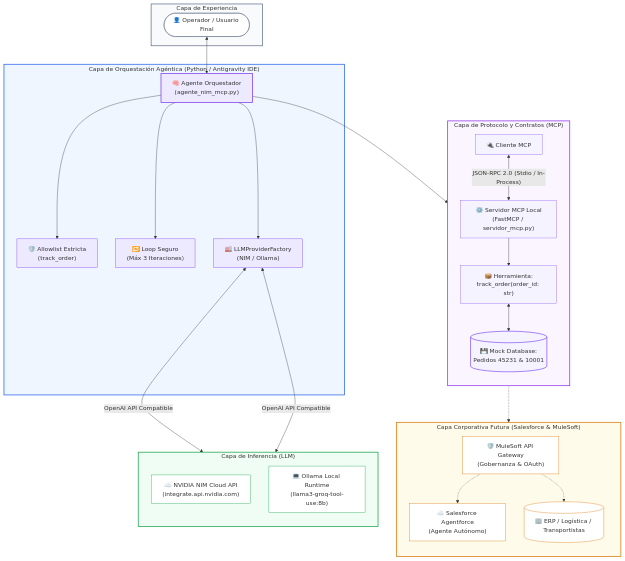
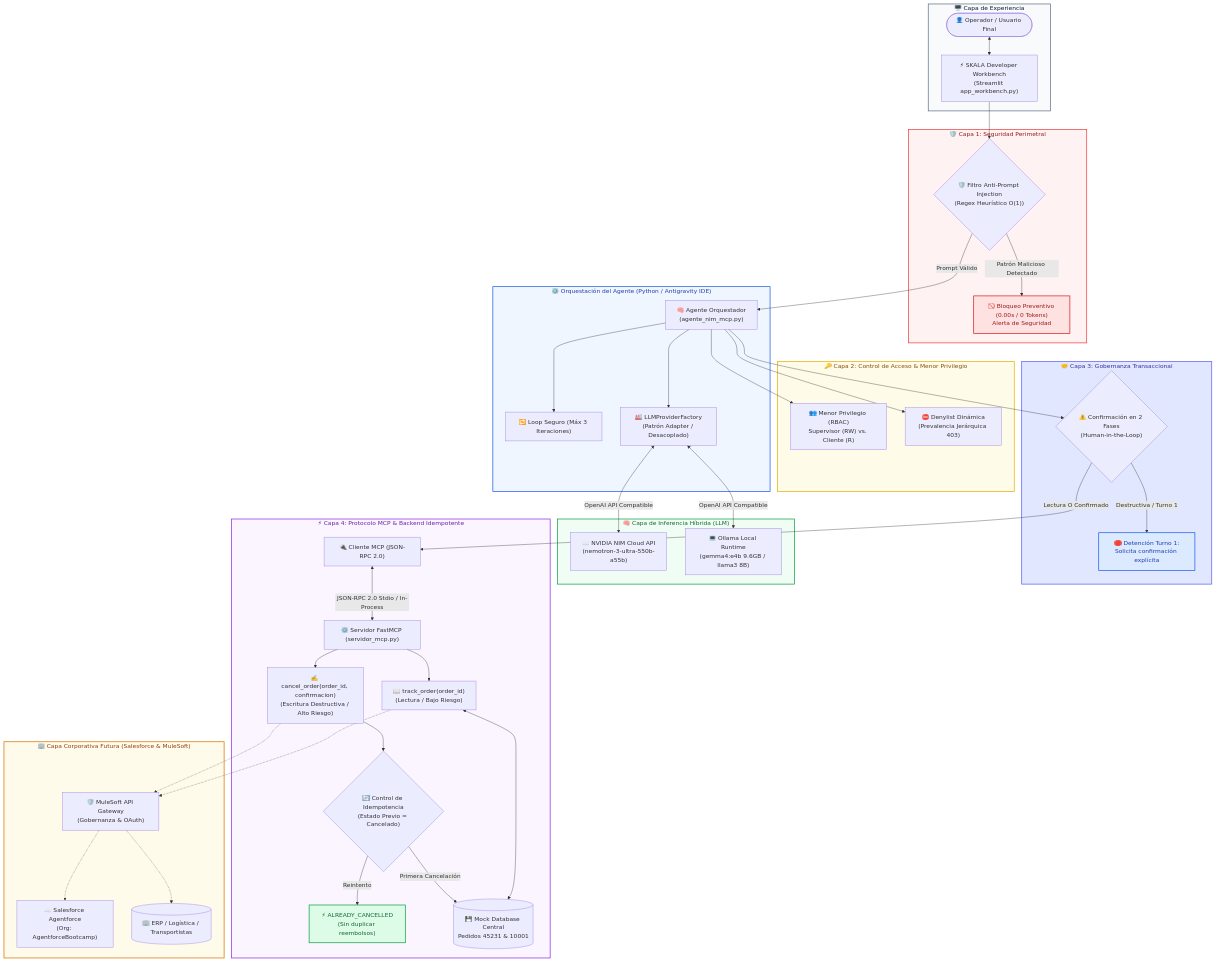
Before and after one commit to emmanuelsvaldez/bootcamp-skala-sem2-nim-mcp: the second of 3 diagrams in README.md, drawn with Mermaid.

Commit message:
docs(architecture): actualizar diagrama mermaid en seccion 4 con gobernanza en 4 capas y workbench

````diff
--- a/README.md
+++ b/README.md
@@ -81,69 +81,94 @@
 ```mermaid
 flowchart TD
-    subgraph Usuario ["Capa de Experiencia"]
+    subgraph Experiencia ["🖥️ Capa de Experiencia"]
         U(["👤 Operador / Usuario Final"])
+        WB["⚡ SKALA Developer Workbench\n(Streamlit app_workbench.py)"]
+        U <--> WB
     end
 
-    subgraph Agente ["Capa de Orquestación Agéntica (Python / Antigravity IDE)"]
-        A["🧠 Agente Orquestador\n(agente_nim_mcp.py)"]
-        AL["🛡️ Allowlist Estricta\n(track_order)"]
-        LOOP["🔁 Loop Seguro\n(Máx 3 Iteraciones)"]
-        FACTORY["🏭 LLMProviderFactory\n(NIM / Ollama)"]
+    subgraph Capa1 ["🛡️ Capa 1: Seguridad Perimetral"]
+        InjFilter{"🛡️ Filtro Anti-Prompt Injection\n(Regex Heurístico O(1))"}
+        BlockInj["🚫 Bloqueo Preventivo (0.00s / 0 Tokens)\nAlerta de Seguridad"]
     end
 
-    subgraph Inferencia ["Capa de Inferencia (LLM)"]
-        direction TB
-        NIM["☁️ NVIDIA NIM Cloud API\n(integrate.api.nvidia.com)"]
-        OLLAMA["💻 Ollama Local Runtime\n(llama3-groq-tool-use:8b)"]
+    subgraph Capa2 ["🔑 Capa 2: Control de Acceso & Menor Privilegio"]
+        RBAC["👥 Menor Privilegio (RBAC)\nSupervisor (RW) vs. Cliente (R)"]
+        Deny["⛔ Denylist Dinámica\n(Prevalencia Jerárquica 403)"]
     end
 
-    subgraph ProtocoloMCP ["Capa de Protocolo y Contratos (MCP)"]
-        direction TB
-        ClientMCP["🔌 Cliente MCP"]
-        ServerMCP["⚙️ Servidor MCP Local\n(FastMCP / servidor_mcp.py)"]
-        Tool["📦 Herramienta:\ntrack_order(order_id: str)"]
-        DB[("💾 Mock Database:\nPedidos 45231 & 10001")]
+    subgraph Capa3 ["🤝 Capa 3: Gobernanza Transaccional"]
+        TwoPhase{"⚠️ Confirmación en 2 Fases\n(Human-in-the-Loop)"}
+        StopWarn["🛑 Detención Turno 1:\nSolicita confirmación explícita"]
     end
 
-    subgraph Enterprise ["Capa Corporativa Futura (Salesforce & MuleSoft)"]
-        direction TB
-        Mule["🛡️ MuleSoft API Gateway\n(Gobernanza & OAuth)"]
-        AF["☁️ Salesforce Agentforce\n(Agente Autónomo)"]
-        OMS[("🏢 ERP / Logística / Transportistas")]
+    subgraph Orquestacion ["⚙️ Orquestación del Agente (Python / Antigravity IDE)"]
+        A["🧠 Agente Orquestador\n(agente_nim_mcp.py)"]
+        Loop["🔁 Loop Seguro (Máx 3 Iteraciones)"]
+        Factory["🏭 LLMProviderFactory\n(Patrón Adapter / Desacoplado)"]
     end
 
-    U <--> A
-    A --> AL
-    A --> LOOP
-    A --> FACTORY
-    FACTORY <--"OpenAI API Compatible"--> NIM
-    FACTORY <--"OpenAI API Compatible"--> OLLAMA
-    A --> ClientMCP
-    ClientMCP <--"JSON-RPC 2.0 (Stdio / In-Process)"--> ServerMCP
-    ServerMCP --> Tool
-    Tool <--> DB
-    Tool -.-> Mule
+    subgraph Inferencia ["🧠 Capa de Inferencia Híbrida (LLM)"]
+        NIM["☁️ NVIDIA NIM Cloud API\n(nemotron-3-ultra-550b-a55b)"]
+        Ollama["💻 Ollama Local Runtime\n(gemma4:e4b 9.6GB / llama3 8B)"]
+    end
+
+    subgraph Capa4 ["⚡ Capa 4: Protocolo MCP & Backend Idempotente"]
+        ClientMCP["🔌 Cliente MCP (JSON-RPC 2.0)"]
+        ServerMCP["⚙️ Servidor FastMCP (servidor_mcp.py)"]
+        T_Read["📖 track_order(order_id)\n(Lectura / Bajo Riesgo)"]
+        T_Write["✍️ cancel_order(order_id, confirmacion)\n(Escritura Destructiva / Alto Riesgo)"]
+        IdemControl{"🔄 Control de Idempotencia\n(Estado Previo = Cancelado)"}
+        RetIdem["⚡ ALREADY_CANCELLED\n(Sin duplicar reembolsos)"]
+        DB[("💾 Mock Database Central\nPedidos 45231 & 10001")]
+    end
+
+    subgraph Corporativa ["🏢 Capa Corporativa Futura (Salesforce & MuleSoft)"]
+        Mule["🛡️ MuleSoft API Gateway\n(Gobernanza & OAuth)"]
+        AF["☁️ Salesforce Agentforce\n(Org: AgentforceBootcamp)"]
+        ERP[("🏢 ERP / Logística / Transportistas")]
+    end
+
+    %% Conexiones
+    WB --> InjFilter
+    InjFilter -- "Patrón Malicioso Detectado" --> BlockInj
+    InjFilter -- "Prompt Válido" --> A
+
+    A --> RBAC
+    A --> Deny
+    A --> Loop
+    A --> Factory
+
+    Factory <--"OpenAI API Compatible"--> NIM
+    Factory <--"OpenAI API Compatible"--> Ollama
+
+    A --> TwoPhase
+    TwoPhase -- "Destructiva / Turno 1" --> StopWarn
+    TwoPhase -- "Lectura O Confirmado" --> ClientMCP
+
+    ClientMCP <--"JSON-RPC 2.0 Stdio / In-Process"--> ServerMCP
+    ServerMCP --> T_Read
+    ServerMCP --> T_Write
+
+    T_Read <--> DB
+    T_Write --> IdemControl
+    IdemControl -- "Primera Cancelación" --> DB
+    IdemControl -- "Reintento" --> RetIdem
+
+    T_Read -.-> Mule
+    T_Write -.-> Mule
     Mule -.-> AF
-    Mule -.-> OMS
+    Mule -.-> ERP
 
-    style Usuario fill:#f8fafc,stroke:#64748b,stroke-width:2px
-    style Agente fill:#eff6ff,stroke:#2563eb,stroke-width:2px
-    style Inferencia fill:#f0fdf4,stroke:#16a34a,stroke-width:2px
-    style ProtocoloMCP fill:#faf5ff,stroke:#9333ea,stroke-width:2px
-    style Enterprise fill:#fffbeb,stroke:#d97706,stroke-width:2px
-
-    style U fill:#ffffff,stroke:#64748b,stroke-width:1px
-    style A fill:#ede9fe,stroke:#7c3aed,stroke-width:2px
-    style AL fill:#ede9fe,stroke:#7c3aed,stroke-width:1px
-    style LOOP fill:#ede9fe,stroke:#7c3aed,stroke-width:1px
-    style FACTORY fill:#ede9fe,stroke:#7c3aed,stroke-width:1px
-    style NIM fill:#ffffff,stroke:#16a34a,stroke-width:1px
-    style OLLAMA fill:#ffffff,stroke:#16a34a,stroke-width:1px
-    style ClientMCP fill:#f5f3ff,stroke:#8b5cf6,stroke-width:1px
-    style ServerMCP fill:#f5f3ff,stroke:#8b5cf6,stroke-width:1px
-    style Tool fill:#f5f3ff,stroke:#8b5cf6,stroke-width:1px
-    style DB fill:#f5f3ff,stroke:#8b5cf6,stroke-width:2px
-    style Mule fill:#ffffff,stroke:#d97706,stroke-width:1px
-    style AF fill:#ffffff,stroke:#d97706,stroke-width:1px
-    style OMS fill:#ffffff,stroke:#d97706,stroke-width:1px
+    %% Estilos
+    style Experiencia fill:#f8fafc,stroke:#64748b,stroke-width:2px,color:#0f172a
+    style Capa1 fill:#fef2f2,stroke:#ef4444,stroke-width:2px,color:#991b1b
+    style Capa2 fill:#fefce8,stroke:#eab308,stroke-width:2px,color:#854d0e
+    style Capa3 fill:#e0e7ff,stroke:#6366f1,stroke-width:2px,color:#3730a3
+    style Orquestacion fill:#eff6ff,stroke:#2563eb,stroke-width:2px,color:#1e40af
+    style Inferencia fill:#f0fdf4,stroke:#16a34a,stroke-width:2px,color:#166534
+    style Capa4 fill:#faf5ff,stroke:#9333ea,stroke-width:2px,color:#6b21a8
+    style Corporativa fill:#fffbeb,stroke:#d97706,stroke-width:2px,color:#92400e
+    style BlockInj fill:#fee2e2,stroke:#dc2626,stroke-width:2px,color:#991b1b
+    style StopWarn fill:#dbeafe,stroke:#2563eb,stroke-width:2px,color:#1e40af
+    style RetIdem fill:#dcfce7,stroke:#16a34a,stroke-width:2px,color:#166534
 ```
````
